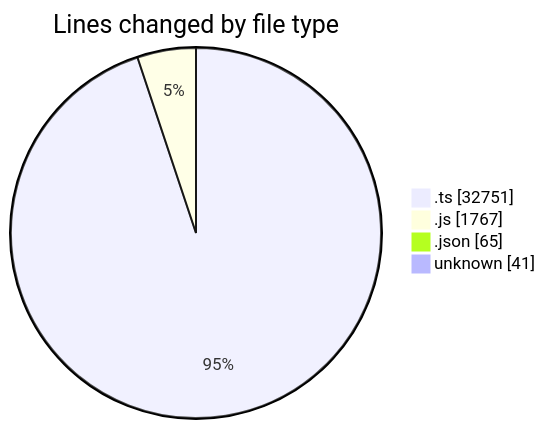
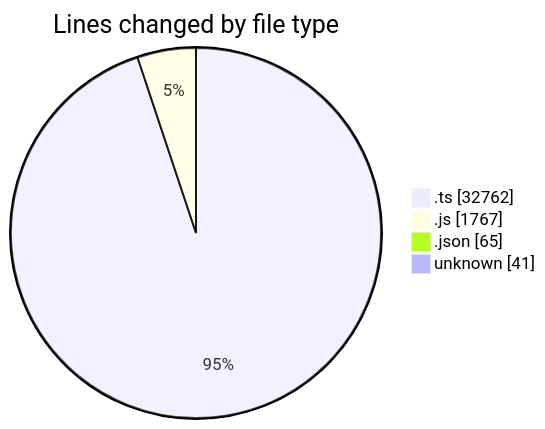
Before and after one commit to momahboobian/code-tracking: the first of 2 diagrams in 2025-07-31/cda/README.md, drawn with Mermaid. The commit also changed other lines of this file and 1 other file, not shown here.

````diff
--- a/2025-07-31/cda/README.md
+++ b/2025-07-31/cda/README.md
@@ -30,8 +30,8 @@
 ```mermaid
 pie showData
 title Lines changed by file type
-".ts" : 32751
+".ts" : 32762
 ".js" : 1767
 ".json" : 65
 "unknown" : 41
 ```
````
